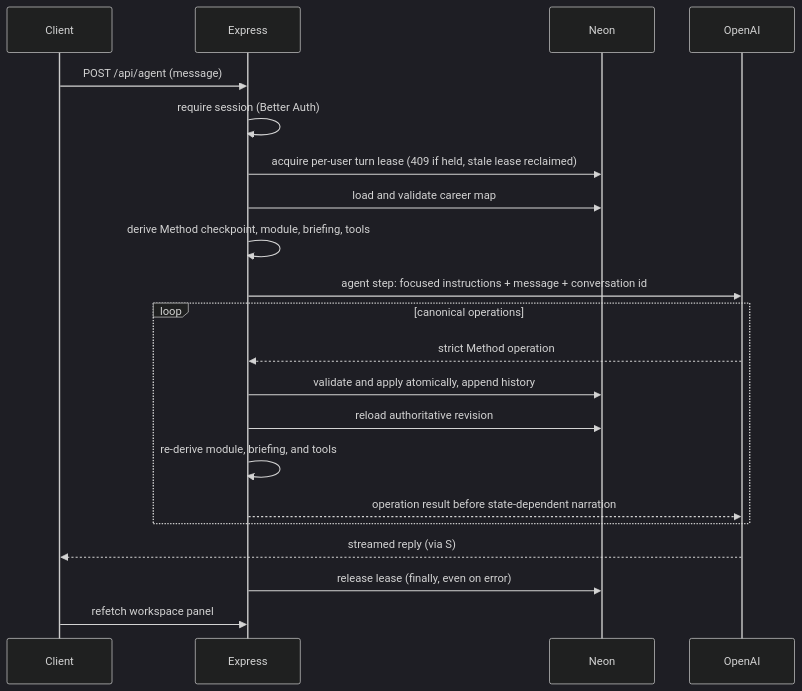
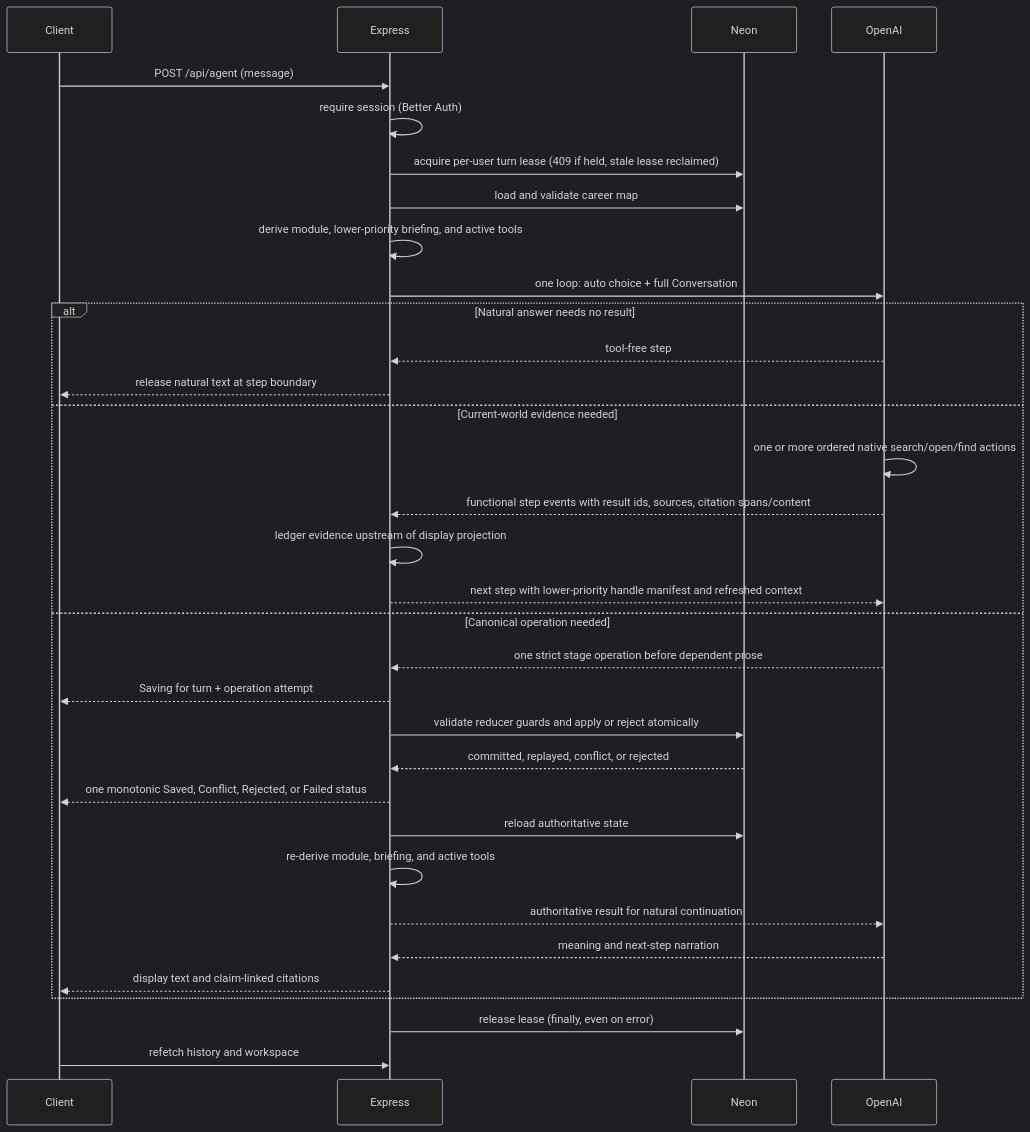
Before and after one commit to andres-monge/ikigai: the fourth of 5 diagrams in docs/plans/2026-08-14-claude-feat-revelio-revamp-plan.md, drawn with Mermaid (dark theme). The commit also changed other lines of this file and 1 other file, not shown here.

First line of the commit message:
docs(plan): authorize one-loop contextual research (U1)

````diff
--- a/docs/plans/2026-08-14-claude-feat-revelio-revamp-plan.md
+++ b/docs/plans/2026-08-14-claude-feat-revelio-revamp-plan.md
@@ -323,23 +337,35 @@
 ```mermaid
 sequenceDiagram
   participant C as Client
   participant S as Express
   participant DB as Neon
   participant O as OpenAI
   C->>S: POST /api/agent (message)
   S->>S: require session (Better Auth)
   S->>DB: acquire per-user turn lease (409 if held, stale lease reclaimed)
   S->>DB: load and validate career map
-  S->>S: derive Method checkpoint, module, briefing, tools
-  S->>O: agent step: focused instructions + message + conversation id
-  loop canonical operations
-    O-->>S: strict Method operation
-    S->>DB: validate and apply atomically, append history
-    S->>DB: reload authoritative revision
-    S->>S: re-derive module, briefing, and tools
-    S-->>O: operation result before state-dependent narration
+  S->>S: derive module, lower-priority briefing, and active tools
+  S->>O: one loop: auto choice + full Conversation
+  alt Natural answer needs no result
+    O-->>S: tool-free step
+    S-->>C: release natural text at step boundary
+  else Current-world evidence needed
+    O->>O: one or more ordered native search/open/find actions
+    O-->>S: functional step events with result ids, sources, citation spans/content
+    S->>S: ledger evidence upstream of display projection
+    S-->>O: next step with lower-priority handle manifest and refreshed context
+  else Canonical operation needed
+    O-->>S: one strict stage operation before dependent prose
+    S-->>C: Saving for turn + operation attempt
+    S->>DB: validate reducer guards and apply or reject atomically
+    DB-->>S: committed, replayed, conflict, or rejected
+    S-->>C: one monotonic Saved, Conflict, Rejected, or Failed status
+    S->>DB: reload authoritative state
+    S->>S: re-derive module, briefing, and active tools
+    S-->>O: authoritative result for natural continuation
+    O-->>S: meaning and next-step narration
+    S-->>C: display text and claim-linked citations
   end
-  O-->>C: streamed reply (via S)
   S->>DB: release lease (finally, even on error)
-  C->>S: refetch workspace panel
+  C->>S: refetch history and workspace
 ```
````
